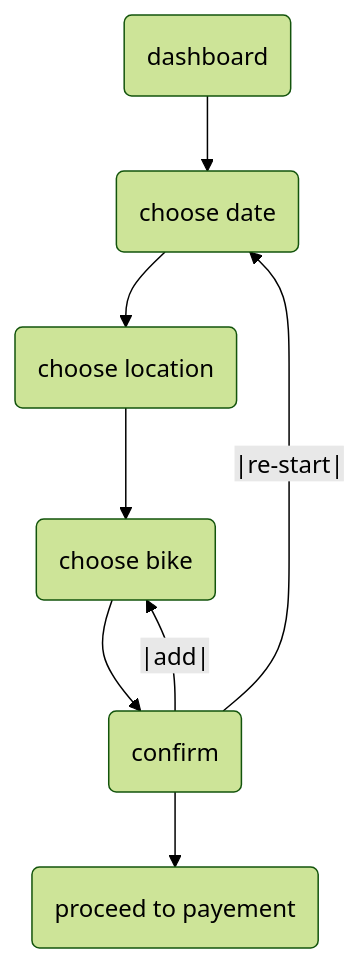
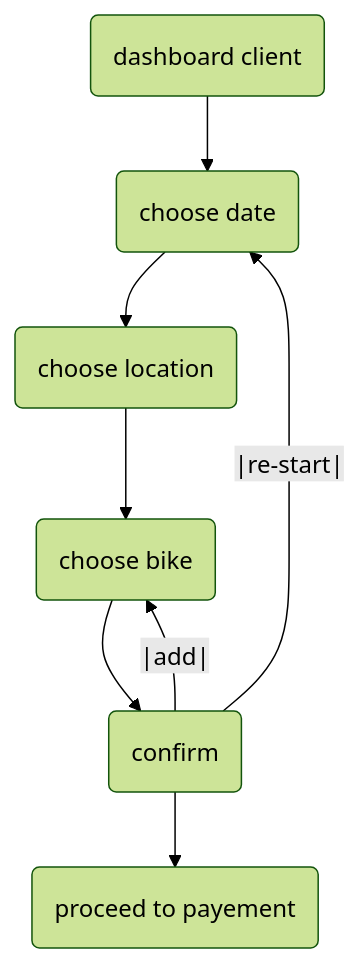
One commit to FrancisFigu/PANI_BikeshopApp changed the first of 2 diagrams in dossier-analyse/04-scenarios.md. Above: the diagram before and after it, drawn with Mermaid (forest theme). The commit also changed other lines of this file, not shown here.

`````diff
--- a/dossier-analyse/04-scenarios.md
+++ b/dossier-analyse/04-scenarios.md
@@ -21,11 +8,11 @@
 ````mermaid
  flowchart TB
-    A(dashboard)
+    A(dashboard client)
     -->B(choose date)
     -->C(choose location)
     -->D(choose bike)
     D-->F(confirm)
 -->G(proceed to payement)
 F--|re-start|-->B
 F--|add|-->D
 ````
`````
